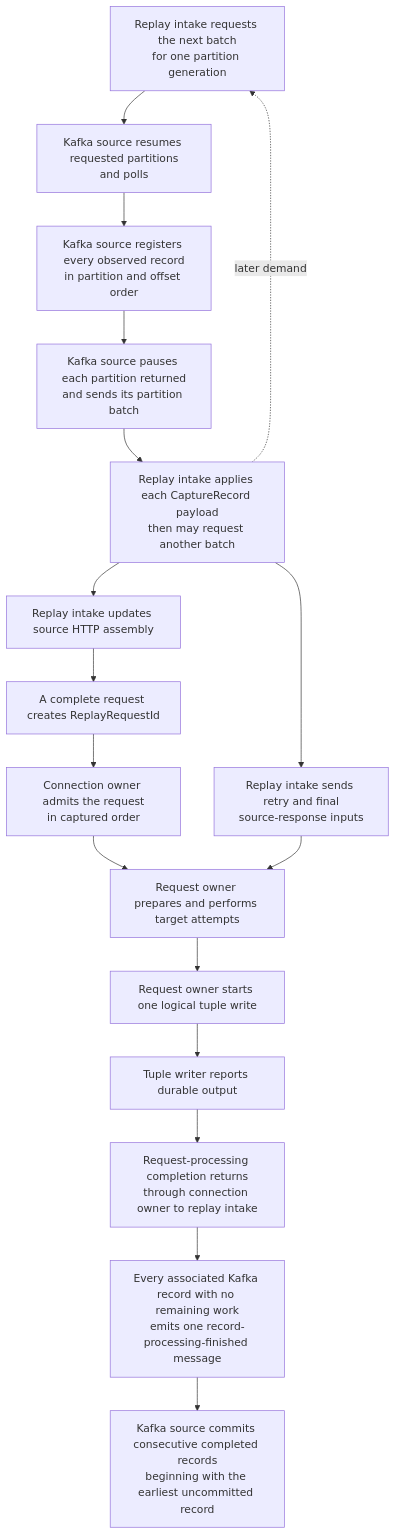
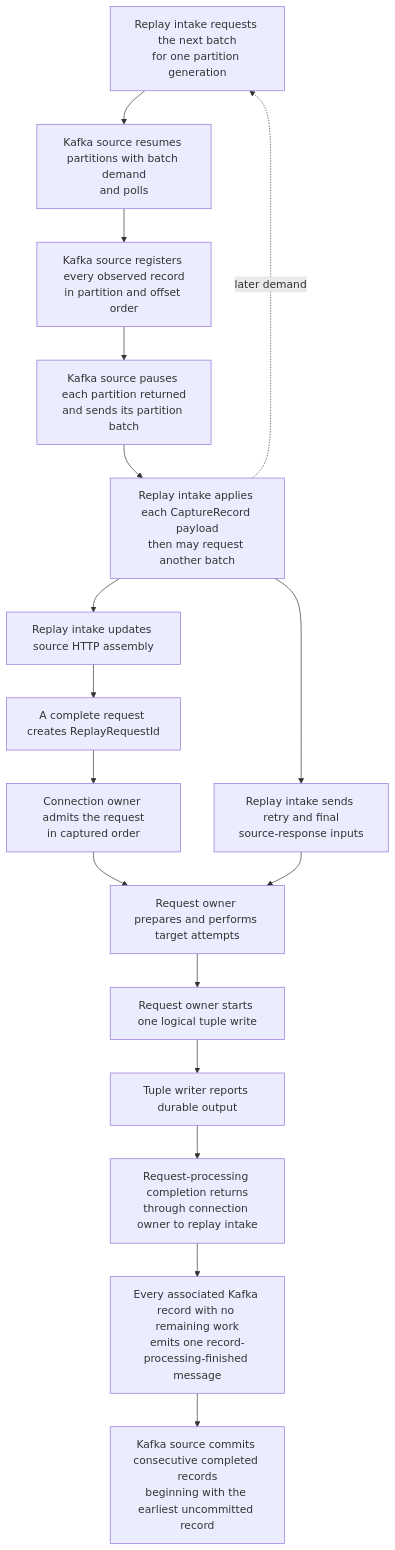
The diagram in docs/captureAndReplay/replayerLowLevelDesign.md (opensearch-project/opensearch-migrations), drawn with Mermaid before and after one commit. The commit also changed other lines of this file and 7 other files, not shown here.

First line of the commit message:
Assignment installs a bootstrap batch entitlement, and demand runs anyway

````diff
--- a/docs/captureAndReplay/replayerLowLevelDesign.md
+++ b/docs/captureAndReplay/replayerLowLevelDesign.md
@@ -100,35 +102,35 @@
 ```mermaid
 flowchart TD
     Demand["Replay intake requests the next batch<br/>for one partition generation"]
-    Poll["Kafka source resumes requested partitions<br/>and polls"]
+    Poll["Kafka source resumes partitions with batch demand<br/>and polls"]
     Register["Kafka source registers every observed record<br/>in partition and offset order"]
     Deliver["Kafka source pauses each partition returned<br/>and sends its partition batch"]
     Apply["Replay intake applies each CaptureRecord payload<br/>then may request another batch"]
     Accumulate["Replay intake updates source HTTP assembly"]
     Request["A complete request creates ReplayRequestId"]
     Admit["Connection owner admits the request<br/>in captured order"]
     Attempt["Request owner prepares and performs target attempts"]
     Response["Replay intake sends retry and final<br/>source-response inputs"]
     Tuple["Request owner starts one logical tuple write"]
     Durable["Tuple writer reports durable output"]
     Finish["Request-processing completion returns<br/>through connection owner to replay intake"]
     Ready["Every associated Kafka record with no remaining work<br/>emits one record-processing-finished message"]
     Commit["Kafka source commits consecutive completed records<br/>beginning with the earliest uncommitted record"]
 
     Demand --> Poll
     Poll --> Register
     Register --> Deliver
     Deliver --> Apply
     Apply -. "later demand" .-> Demand
     Apply --> Accumulate
     Accumulate --> Request
     Request --> Admit
     Admit --> Attempt
     Apply --> Response
     Response --> Attempt
     Attempt --> Tuple
     Tuple --> Durable
     Durable --> Finish
     Finish --> Ready
     Ready --> Commit
 ```
````
